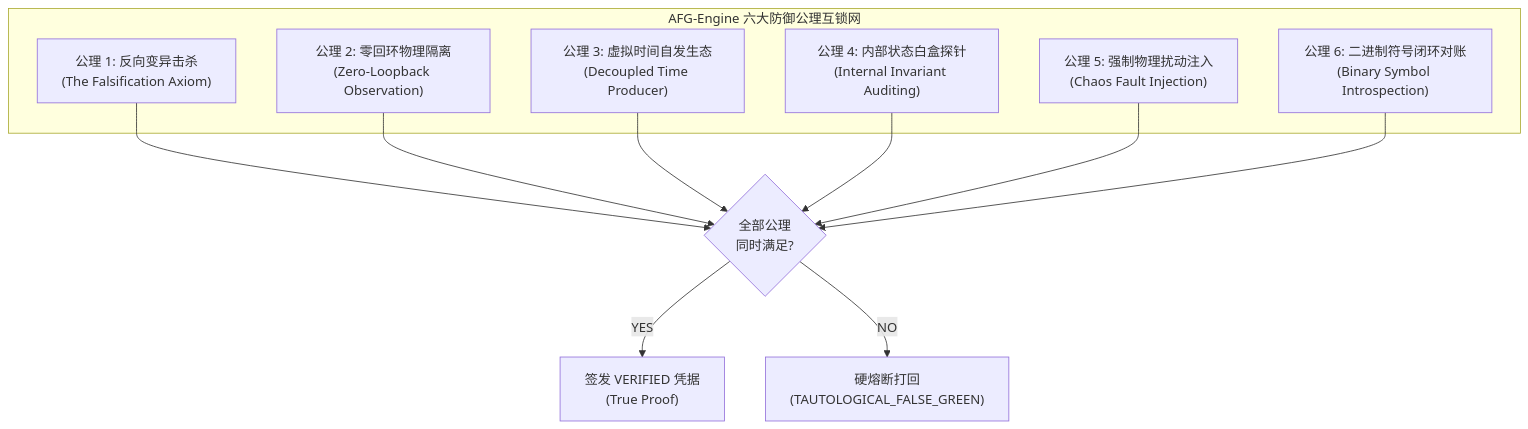
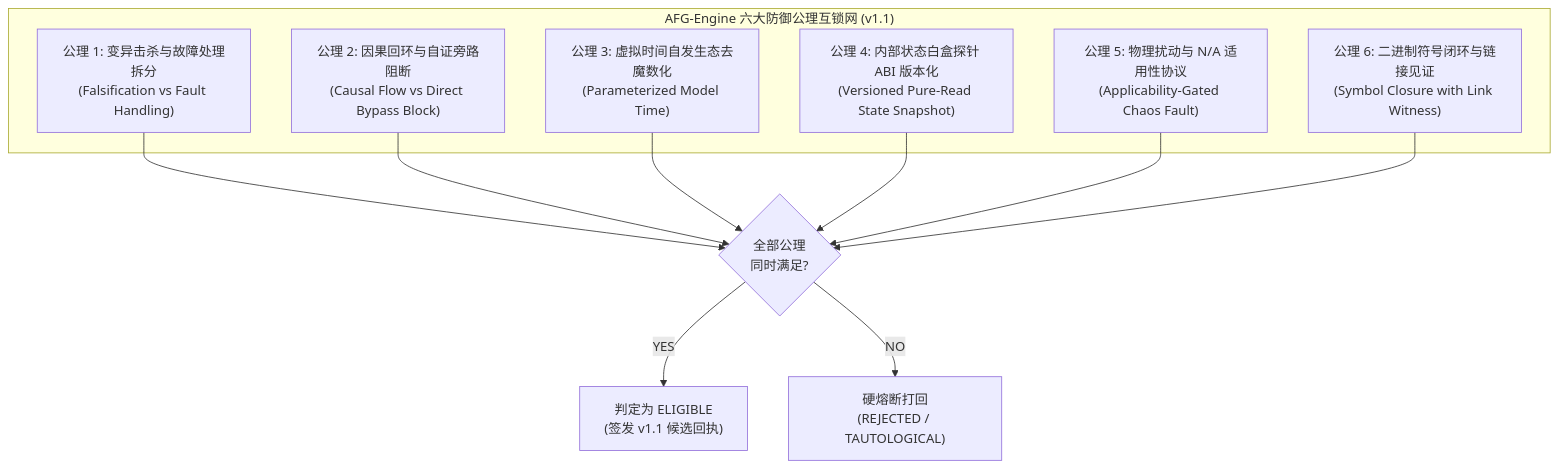
The first of 2 diagrams in docs/zh/tech-designs/esp32/esp-idf-anti-false-green-verification-engine-contract.md (wink-cloud-hub/wink-ai-embedded), drawn with Mermaid before and after one commit. The commit also changed other lines of this file and 3 other files, not shown here.

First line of the commit message:
docs(esp32): update AFG-Engine contract to v1.1 and add versioned sim probe ABI (WS-2)

````diff
--- a/docs/zh/tech-designs/esp32/esp-idf-anti-false-green-verification-engine-contract.md
+++ b/docs/zh/tech-designs/esp32/esp-idf-anti-false-green-verification-engine-contract.md
@@ -23,20 +24,20 @@
 ```mermaid
 graph TD
-    subgraph "AFG-Engine 六大防御公理互锁网"
-        AX1["公理 1: 反向变异击杀<br/>(The Falsification Axiom)"]
-        AX2["公理 2: 零回环物理隔离<br/>(Zero-Loopback Observation)"]
-        AX3["公理 3: 虚拟时间自发生态<br/>(Decoupled Time Producer)"]
-        AX4["公理 4: 内部状态白盒探针<br/>(Internal Invariant Auditing)"]
-        AX5["公理 5: 强制物理扰动注入<br/>(Chaos Fault Injection)"]
-        AX6["公理 6: 二进制符号闭环对账<br/>(Binary Symbol Introspection)"]
+    subgraph "AFG-Engine 六大防御公理互锁网 (v1.1)"
+        AX1["公理 1: 变异击杀与故障处理拆分<br/>(Falsification vs Fault Handling)"]
+        AX2["公理 2: 因果回环与自证旁路阻断<br/>(Causal Flow vs Direct Bypass Block)"]
+        AX3["公理 3: 虚拟时间自发生态去魔数化<br/>(Parameterized Model Time)"]
+        AX4["公理 4: 内部状态白盒探针 ABI 版本化<br/>(Versioned Pure-Read State Snapshot)"]
+        AX5["公理 5: 物理扰动与 N/A 适用性协议<br/>(Applicability-Gated Chaos Fault)"]
+        AX6["公理 6: 二进制符号闭环与链接见证<br/>(Symbol Closure with Link Witness)"]
     end
 
     AX1 --> DEC{"全部公理<br/>同时满足?"}
     AX2 --> DEC
     AX3 --> DEC
     AX4 --> DEC
     AX5 --> DEC
     AX6 --> DEC
-    DEC -->|YES| PASS["签发 VERIFIED 凭据<br/>(True Proof)"]
-    DEC -->|NO| REJ["硬熔断打回<br/>(TAUTOLOGICAL_FALSE_GREEN)"]
+    DEC -->|YES| PASS["判定为 ELIGIBLE<br/>(签发 v1.1 候选回执)"]
+    DEC -->|NO| REJ["硬熔断打回<br/>(REJECTED / TAUTOLOGICAL)"]
 ```
````
